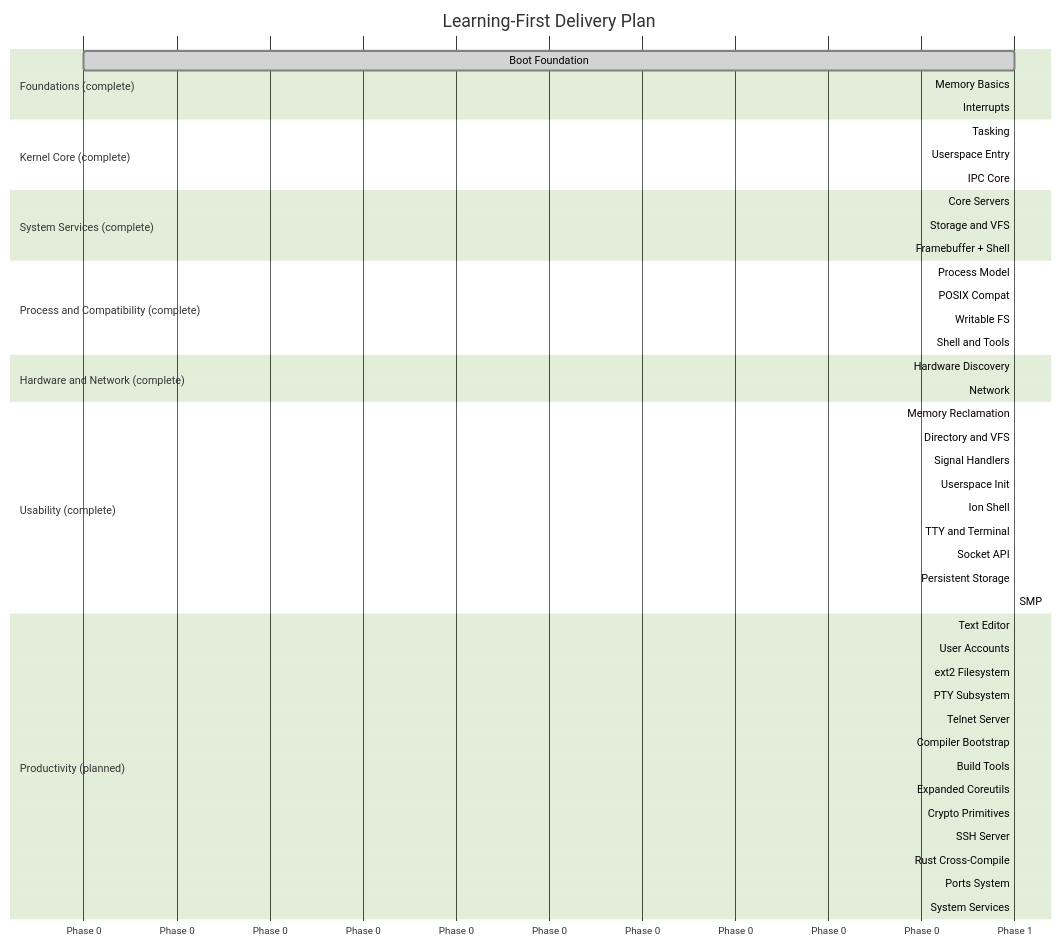
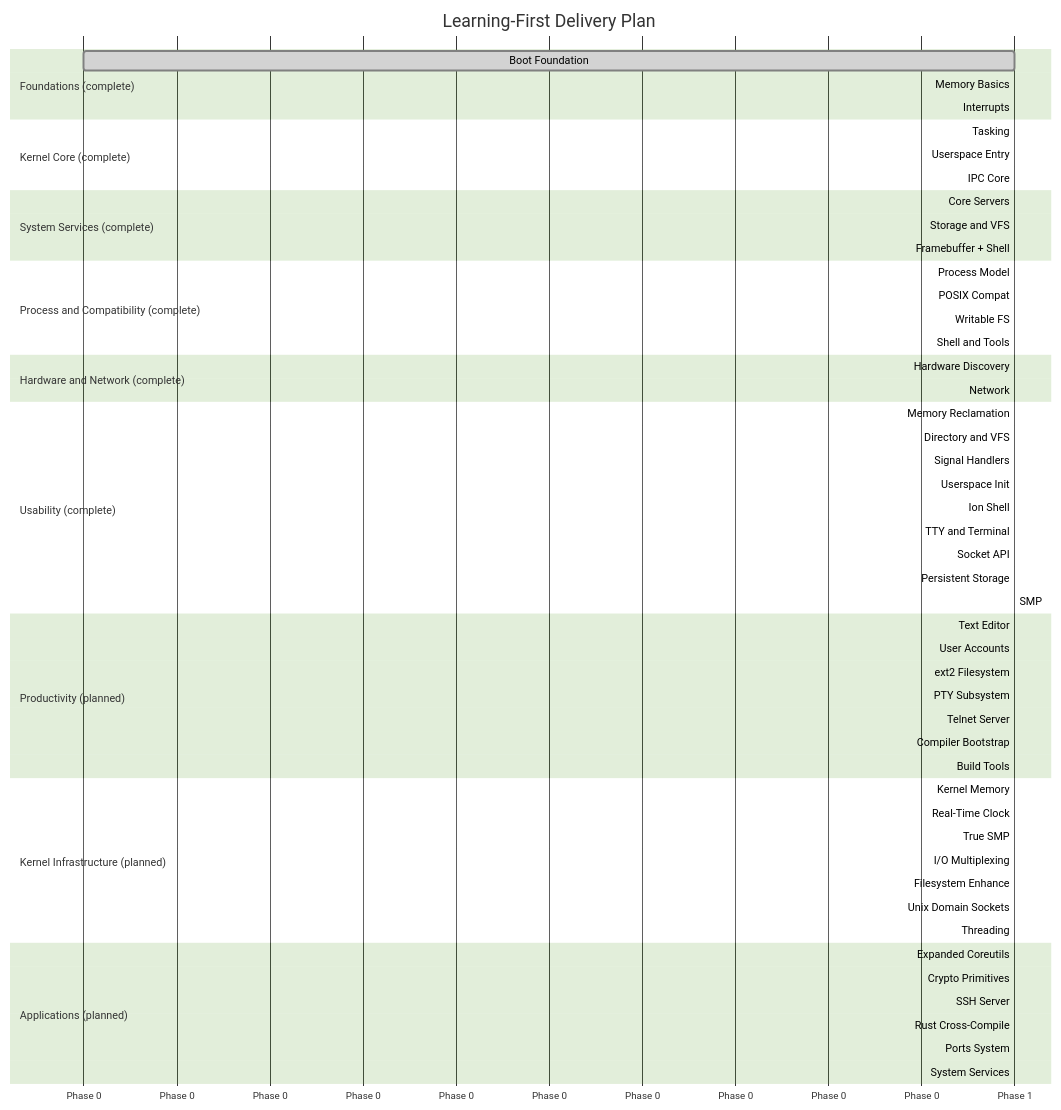
Before and after one commit to mikecubed/m3OS: the second of 2 diagrams in docs/roadmap/README.md, drawn with Mermaid (forest theme). The commit also changed other lines of this file and 20 other files, not shown here.

Commit message:
docs: add kernel infrastructure phases 33-39 to roadmap (#56)

````diff
--- a/docs/roadmap/README.md
+++ b/docs/roadmap/README.md
@@ -171,57 +211,68 @@
 ```mermaid
 gantt
     title Learning-First Delivery Plan
     dateFormat X
     axisFormat Phase %s
 
     section Foundations (complete)
     Boot Foundation      :done, p1, 0, 1
     Memory Basics        :done, p2, after p1, 1
     Interrupts           :done, p3, after p1, 1
 
     section Kernel Core (complete)
     Tasking              :done, p4, after p2, 1
     Userspace Entry      :done, p5, after p4, 1
     IPC Core             :done, p6, after p5, 1
 
     section System Services (complete)
     Core Servers         :done, p7, after p6, 1
     Storage and VFS      :done, p8, after p7, 1
     Framebuffer + Shell  :done, p9, after p8, 1
 
     section Process and Compatibility (complete)
     Process Model        :done, p11, after p9, 1
     POSIX Compat         :done, p12, after p11, 1
     Writable FS          :done, p13, after p8, 1
     Shell and Tools      :done, p14, after p12, 1
 
     section Hardware and Network (complete)
     Hardware Discovery   :done, p15, after p3, 1
     Network              :done, p16, after p15, 1
 
     section Usability (complete)
     Memory Reclamation   :done, p17, after p14, 1
     Directory and VFS    :done, p18, after p17, 1
     Signal Handlers      :done, p19, after p18, 1
     Userspace Init       :done, p20, after p19, 1
     Ion Shell            :done, p21, after p20, 1
     TTY and Terminal     :done, p22, after p21, 1
     Socket API           :done, p23, after p22, 1
     Persistent Storage   :done, p24, after p18, 1
     SMP                  :done, p25, after p17, 1
 
     section Productivity (planned)
     Text Editor          :active, p26, after p24, 1
     User Accounts        :p27, after p26, 1
     ext2 Filesystem      :p28, after p27, 1
     PTY Subsystem        :p29, after p27, 1
     Telnet Server        :p30, after p29, 1
     Compiler Bootstrap   :p31, after p26, 1
     Build Tools          :p32, after p31, 1
-    Expanded Coreutils   :p33, after p27, 1
-    Crypto Primitives    :p34, after p31, 1
-    SSH Server           :p35, after p34, 1
-    Rust Cross-Compile   :p36, after p24, 1
-    Ports System         :p37, after p32, 1
-    System Services      :p38, after p30, 1
+
+    section Kernel Infrastructure (planned)
+    Kernel Memory        :p33, after p25, 1
+    Real-Time Clock      :p34, after p15, 1
+    True SMP             :p35, after p33, 1
+    I/O Multiplexing     :p36, after p35, 1
+    Filesystem Enhance   :p37, after p28, 1
+    Unix Domain Sockets  :p38, after p37, 1
+    Threading            :p39, after p35, 1
+
+    section Applications (planned)
+    Expanded Coreutils   :p40, after p37, 1
+    Crypto Primitives    :p41, after p31, 1
+    SSH Server           :p42, after p41, 1
+    Rust Cross-Compile   :p43, after p24, 1
+    Ports System         :p44, after p40, 1
+    System Services      :p45, after p38, 1
 ```
````
